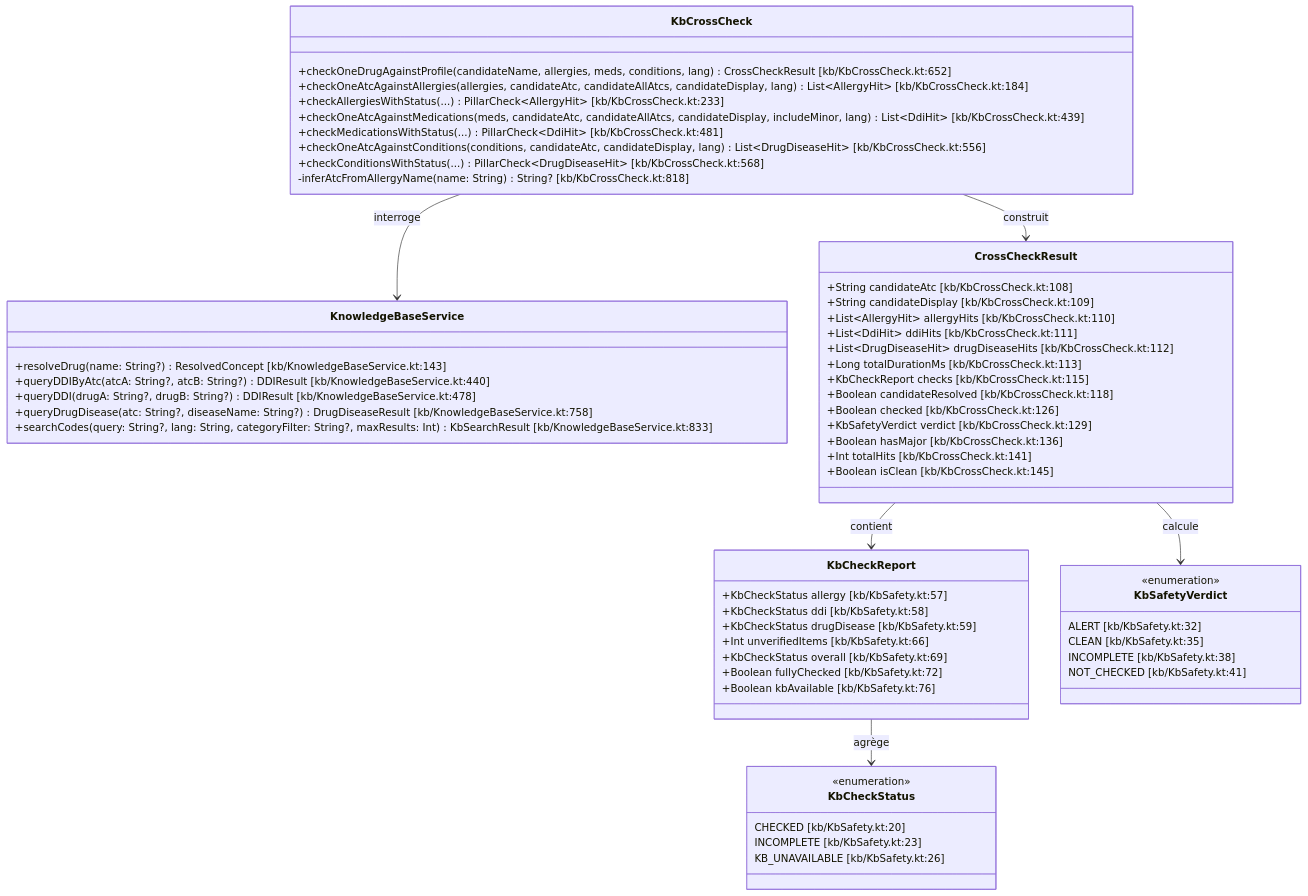
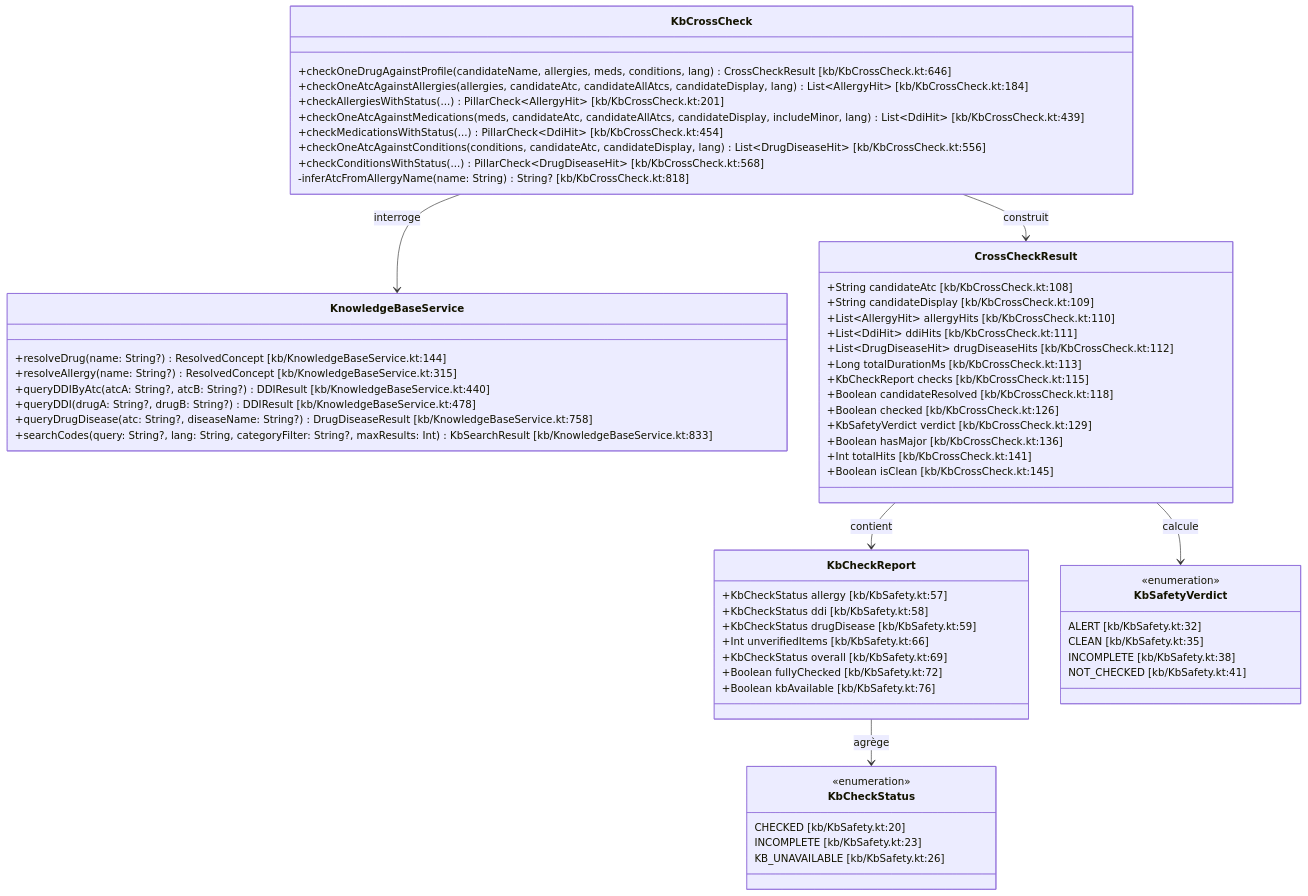
Before and after one commit to kurodohenroonsen/JemmaPass: the sixth of 21 diagrams in docs/DOCUMENTATION_UML_FONCTIONNELLE.md, drawn with Mermaid. The commit also changed other lines of this file and 1 other file, not shown here.

````diff
--- a/docs/DOCUMENTATION_UML_FONCTIONNELLE.md
+++ b/docs/DOCUMENTATION_UML_FONCTIONNELLE.md
@@ -341,68 +341,69 @@
 ```mermaid
 classDiagram
     class KnowledgeBaseService {
-        +resolveDrug(name: String?) ResolvedConcept [kb/KnowledgeBaseService.kt:143]
+        +resolveDrug(name: String?) ResolvedConcept [kb/KnowledgeBaseService.kt:144]
+        +resolveAllergy(name: String?) ResolvedConcept [kb/KnowledgeBaseService.kt:315]
         +queryDDIByAtc(atcA: String?, atcB: String?) DDIResult [kb/KnowledgeBaseService.kt:440]
         +queryDDI(drugA: String?, drugB: String?) DDIResult [kb/KnowledgeBaseService.kt:478]
         +queryDrugDisease(atc: String?, diseaseName: String?) DrugDiseaseResult [kb/KnowledgeBaseService.kt:758]
         +searchCodes(query: String?, lang: String, categoryFilter: String?, maxResults: Int) KbSearchResult [kb/KnowledgeBaseService.kt:833]
     }
 
     class KbCrossCheck {
-        +checkOneDrugAgainstProfile(candidateName, allergies, meds, conditions, lang) CrossCheckResult [kb/KbCrossCheck.kt:652]
+        +checkOneDrugAgainstProfile(candidateName, allergies, meds, conditions, lang) CrossCheckResult [kb/KbCrossCheck.kt:646]
         +checkOneAtcAgainstAllergies(allergies, candidateAtc, candidateAllAtcs, candidateDisplay, lang) List~AllergyHit~ [kb/KbCrossCheck.kt:184]
-        +checkAllergiesWithStatus(...) PillarCheck~AllergyHit~ [kb/KbCrossCheck.kt:233]
+        +checkAllergiesWithStatus(...) PillarCheck~AllergyHit~ [kb/KbCrossCheck.kt:201]
         +checkOneAtcAgainstMedications(meds, candidateAtc, candidateAllAtcs, candidateDisplay, includeMinor, lang) List~DdiHit~ [kb/KbCrossCheck.kt:439]
-        +checkMedicationsWithStatus(...) PillarCheck~DdiHit~ [kb/KbCrossCheck.kt:481]
+        +checkMedicationsWithStatus(...) PillarCheck~DdiHit~ [kb/KbCrossCheck.kt:454]
         +checkOneAtcAgainstConditions(conditions, candidateAtc, candidateDisplay, lang) List~DrugDiseaseHit~ [kb/KbCrossCheck.kt:556]
         +checkConditionsWithStatus(...) PillarCheck~DrugDiseaseHit~ [kb/KbCrossCheck.kt:568]
         -inferAtcFromAllergyName(name: String) String? [kb/KbCrossCheck.kt:818]
     }
 
     class CrossCheckResult {
         +String candidateAtc [kb/KbCrossCheck.kt:108]
         +String candidateDisplay [kb/KbCrossCheck.kt:109]
         +List~AllergyHit~ allergyHits [kb/KbCrossCheck.kt:110]
         +List~DdiHit~ ddiHits [kb/KbCrossCheck.kt:111]
         +List~DrugDiseaseHit~ drugDiseaseHits [kb/KbCrossCheck.kt:112]
         +Long totalDurationMs [kb/KbCrossCheck.kt:113]
         +KbCheckReport checks [kb/KbCrossCheck.kt:115]
         +Boolean candidateResolved [kb/KbCrossCheck.kt:118]
         +Boolean checked [kb/KbCrossCheck.kt:126]
         +KbSafetyVerdict verdict [kb/KbCrossCheck.kt:129]
         +Boolean hasMajor [kb/KbCrossCheck.kt:136]
         +Int totalHits [kb/KbCrossCheck.kt:141]
         +Boolean isClean [kb/KbCrossCheck.kt:145]
     }
 
     class KbCheckReport {
         +KbCheckStatus allergy [kb/KbSafety.kt:57]
         +KbCheckStatus ddi [kb/KbSafety.kt:58]
         +KbCheckStatus drugDisease [kb/KbSafety.kt:59]
         +Int unverifiedItems [kb/KbSafety.kt:66]
         +KbCheckStatus overall [kb/KbSafety.kt:69]
         +Boolean fullyChecked [kb/KbSafety.kt:72]
         +Boolean kbAvailable [kb/KbSafety.kt:76]
     }
 
     class KbSafetyVerdict {
         <<enumeration>>
         ALERT [kb/KbSafety.kt:32]
         CLEAN [kb/KbSafety.kt:35]
         INCOMPLETE [kb/KbSafety.kt:38]
         NOT_CHECKED [kb/KbSafety.kt:41]
     }
 
     class KbCheckStatus {
         <<enumeration>>
         CHECKED [kb/KbSafety.kt:20]
         INCOMPLETE [kb/KbSafety.kt:23]
         KB_UNAVAILABLE [kb/KbSafety.kt:26]
     }
 
     KbCrossCheck --> KnowledgeBaseService : interroge
     KbCrossCheck --> CrossCheckResult : construit
     CrossCheckResult --> KbSafetyVerdict : calcule
     CrossCheckResult --> KbCheckReport : contient
     KbCheckReport --> KbCheckStatus : agrège
 ```
````
